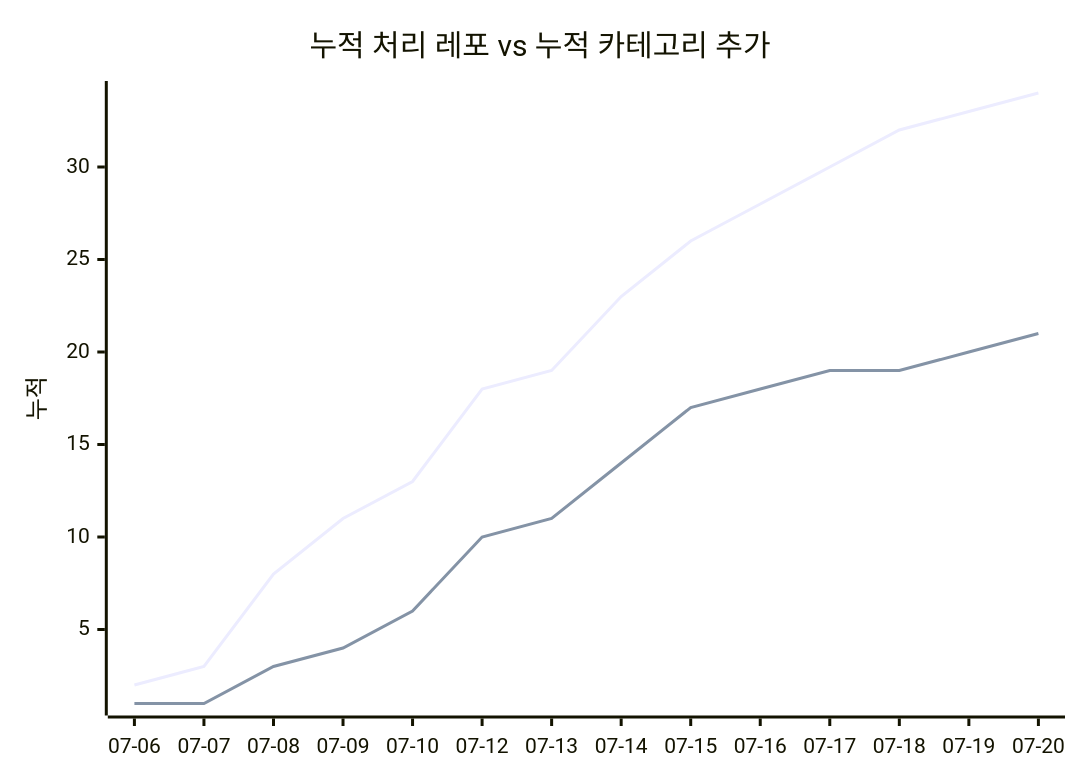
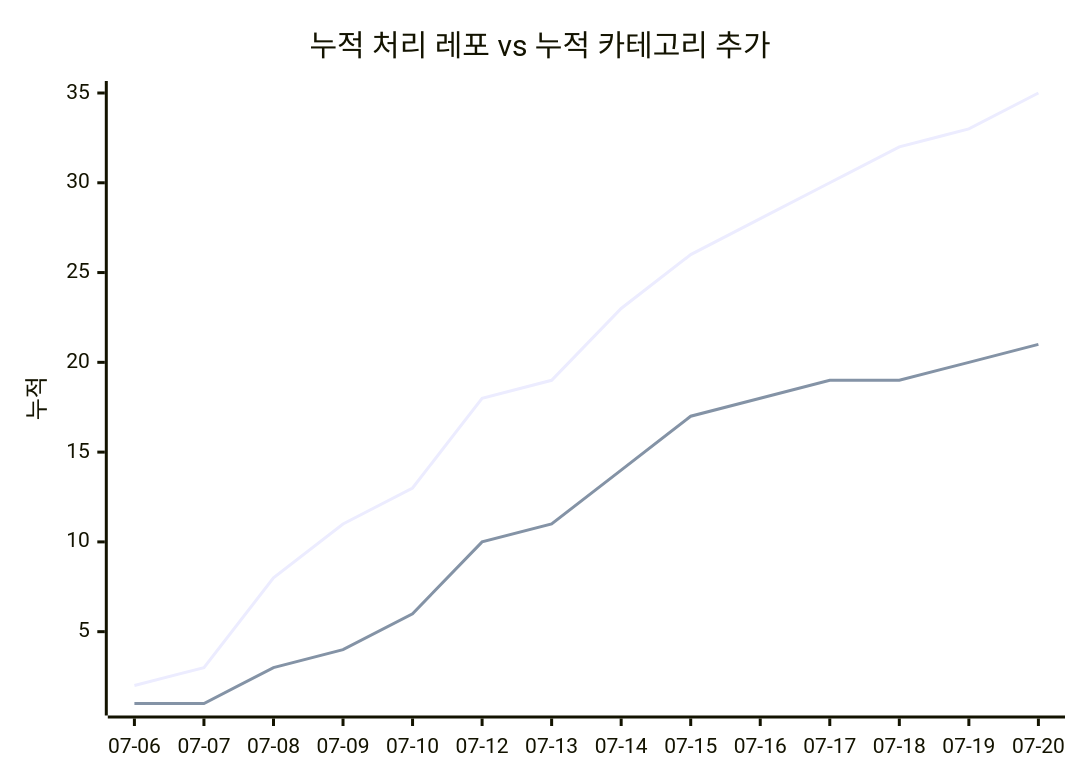
Before and after one commit to J-nowcow/awesome-korean-agent-skills: the second of 2 diagrams in docs/trends.md, drawn with Mermaid. The commit also changed other lines of this file and 2 other files, not shown here.

````diff
--- a/docs/trends.md
+++ b/docs/trends.md
@@ -68,8 +68,8 @@
 ```mermaid
 xychart-beta
     title "누적 처리 레포 vs 누적 카테고리 추가"
     x-axis ["07-06","07-07","07-08","07-09","07-10","07-12","07-13","07-14","07-15","07-16","07-17","07-18","07-19","07-20"]
     y-axis "누적"
-    line [2,3,8,11,13,18,19,23,26,28,30,32,33,34]
+    line [2,3,8,11,13,18,19,23,26,28,30,32,33,35]
     line [1,1,3,4,6,10,11,14,17,18,19,19,20,21]
 ```
````
